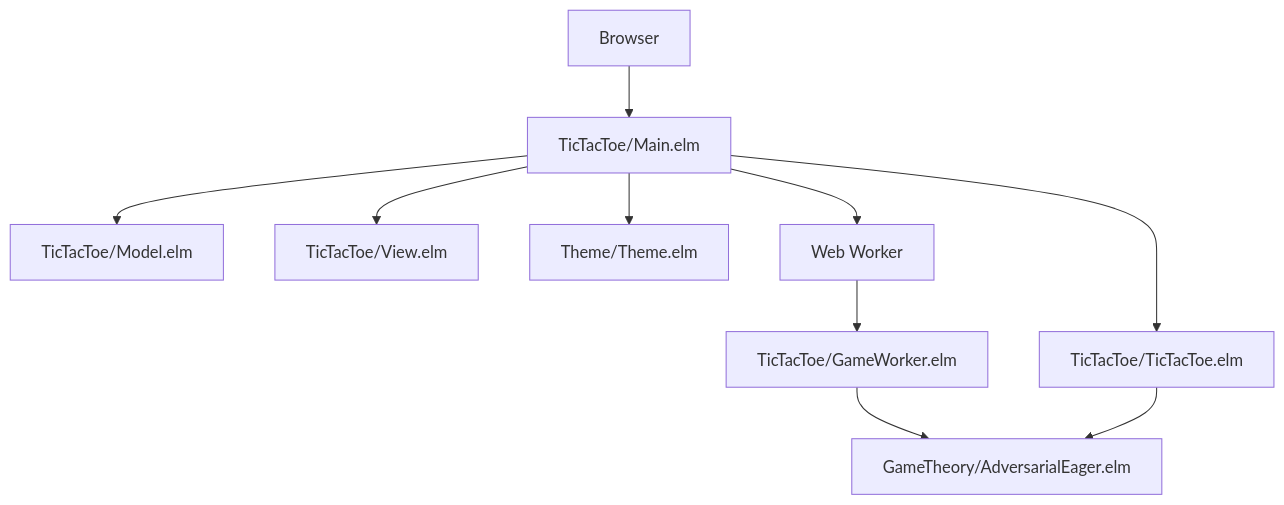
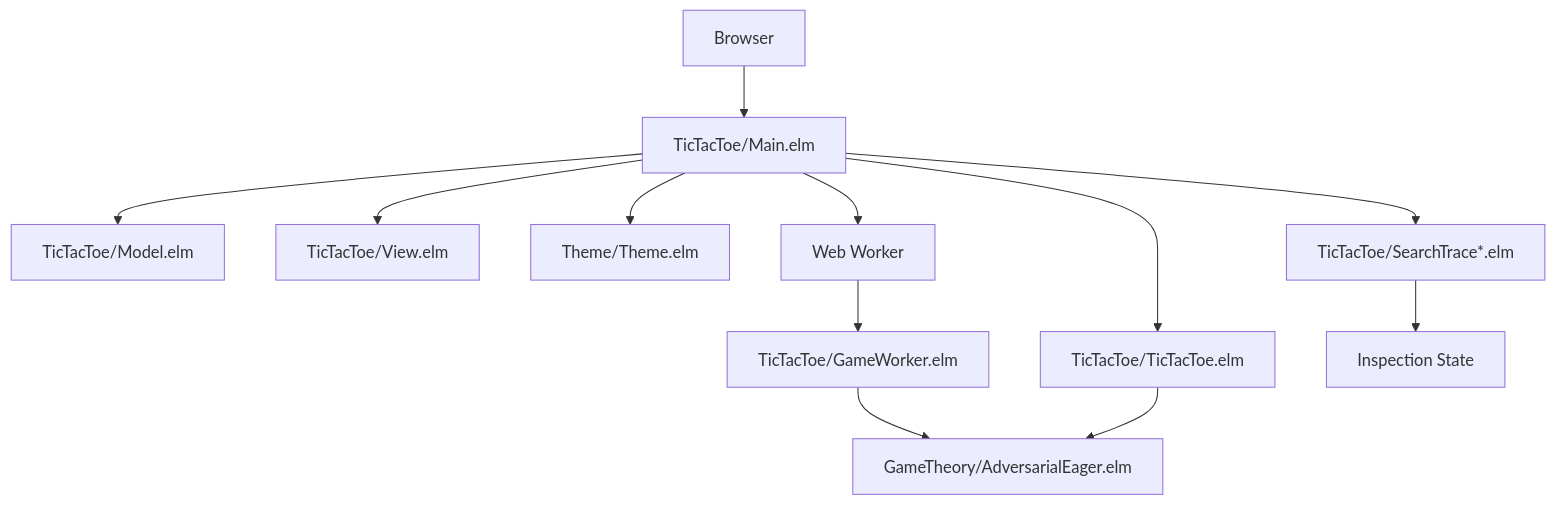
Before and after one commit to genthaler/elm-tic-tac-toe: the first of 2 diagrams in docs/specs/tic-tac-toe-game/design.md, drawn with Mermaid. The commit also changed other lines of this file and 14 other files, not shown here.

Commit message:
Feature: add Tic-Tac-Toe search inspection mode

````diff
--- a/docs/specs/tic-tac-toe-game/design.md
+++ b/docs/specs/tic-tac-toe-game/design.md
@@ -11,12 +11,14 @@
 ```mermaid
 graph TB
     Browser[Browser] --> Main[TicTacToe/Main.elm]
     Main --> Model[TicTacToe/Model.elm]
     Main --> View[TicTacToe/View.elm]
     Main --> Theme[Theme/Theme.elm]
     Main --> Worker[Web Worker]
     Worker --> GameWorker[TicTacToe/GameWorker.elm]
     GameWorker --> AI[GameTheory/AdversarialEager.elm]
     Main --> Logic[TicTacToe/TicTacToe.elm]
     Logic --> AI
+    Main --> Trace[TicTacToe/SearchTrace*.elm]
+    Trace --> Inspect[Inspection State]
 ```
````
